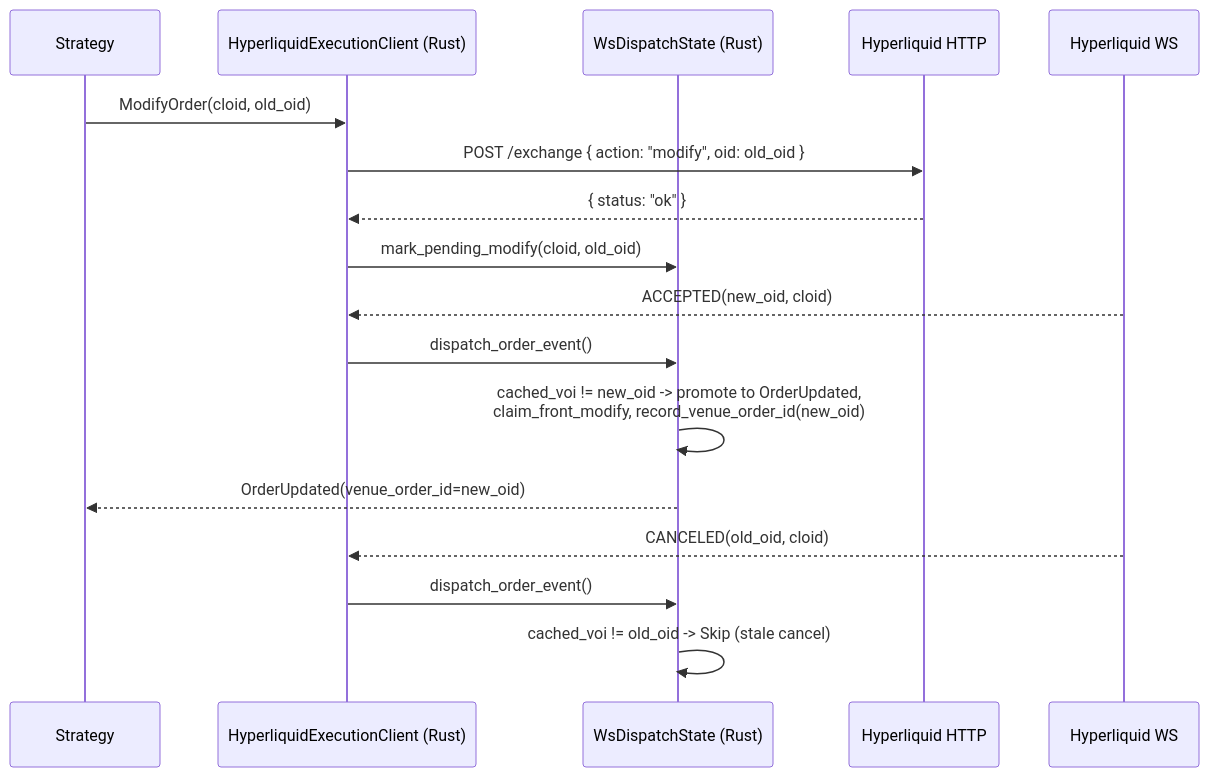
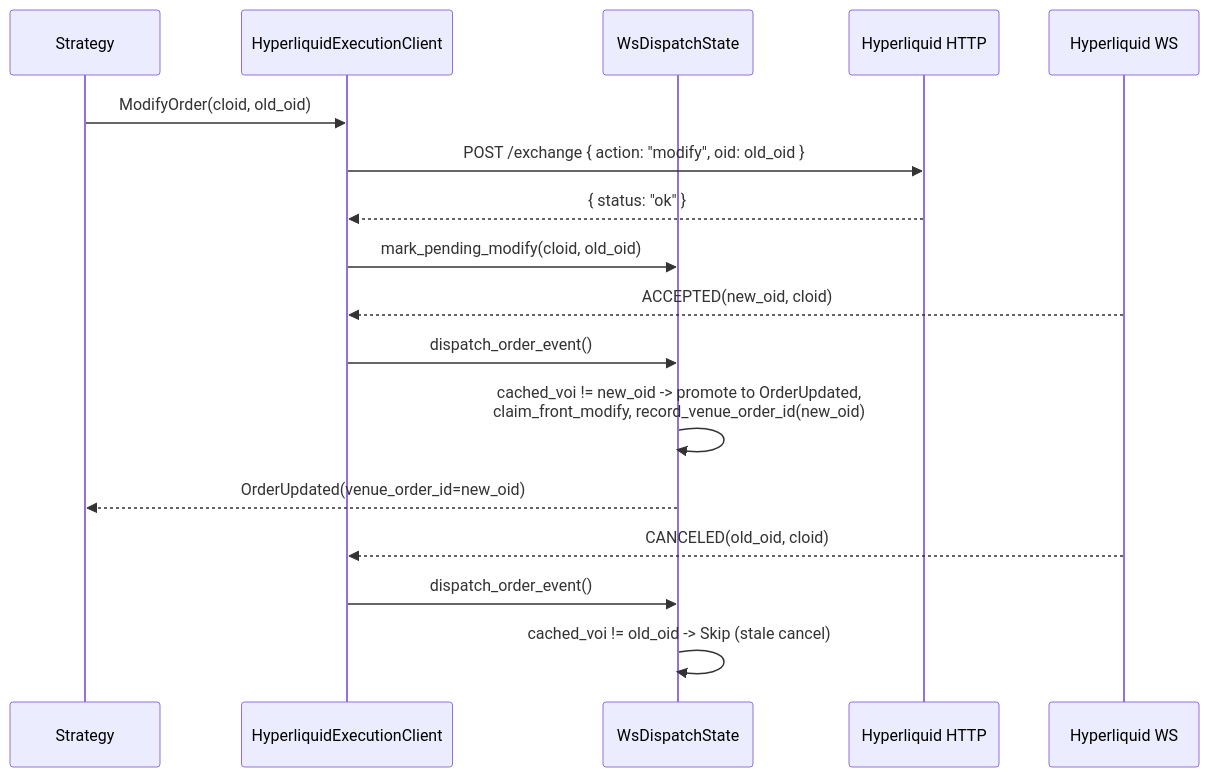
Before and after one commit to nautechsystems/nautilus_trader: the diagram in docs/integrations/hyperliquid.md, drawn with Mermaid. The commit also changed other lines of this file, not shown here.

First line of the commit message:
Refine Hyperliquid integration guide

````diff
--- a/docs/integrations/hyperliquid.md
+++ b/docs/integrations/hyperliquid.md
@@ -985,20 +1010,20 @@
 ```mermaid
 sequenceDiagram
     participant Strategy
-    participant ExecClient as HyperliquidExecutionClient (Rust)
-    participant Dispatch as WsDispatchState (Rust)
+    participant ExecClient as HyperliquidExecutionClient
+    participant Dispatch as WsDispatchState
     participant HTTP as Hyperliquid HTTP
     participant WS as Hyperliquid WS
 
     Strategy->>ExecClient: ModifyOrder(cloid, old_oid)
     ExecClient->>HTTP: POST /exchange { action: "modify", oid: old_oid }
     HTTP-->>ExecClient: { status: "ok" }
     ExecClient->>Dispatch: mark_pending_modify(cloid, old_oid)
     WS-->>ExecClient: ACCEPTED(new_oid, cloid)
     ExecClient->>Dispatch: dispatch_order_event()
     Dispatch->>Dispatch: cached_voi != new_oid -> promote to OrderUpdated,<br/>claim_front_modify, record_venue_order_id(new_oid)
     Dispatch-->>Strategy: OrderUpdated(venue_order_id=new_oid)
     WS-->>ExecClient: CANCELED(old_oid, cloid)
     ExecClient->>Dispatch: dispatch_order_event()
     Dispatch->>Dispatch: cached_voi != old_oid -> Skip (stale cancel)
 ```
````
